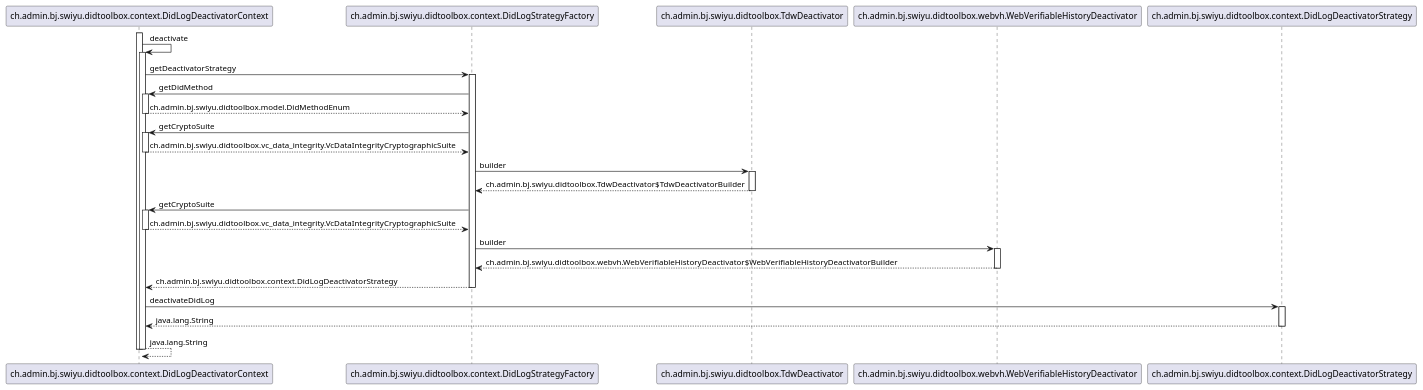
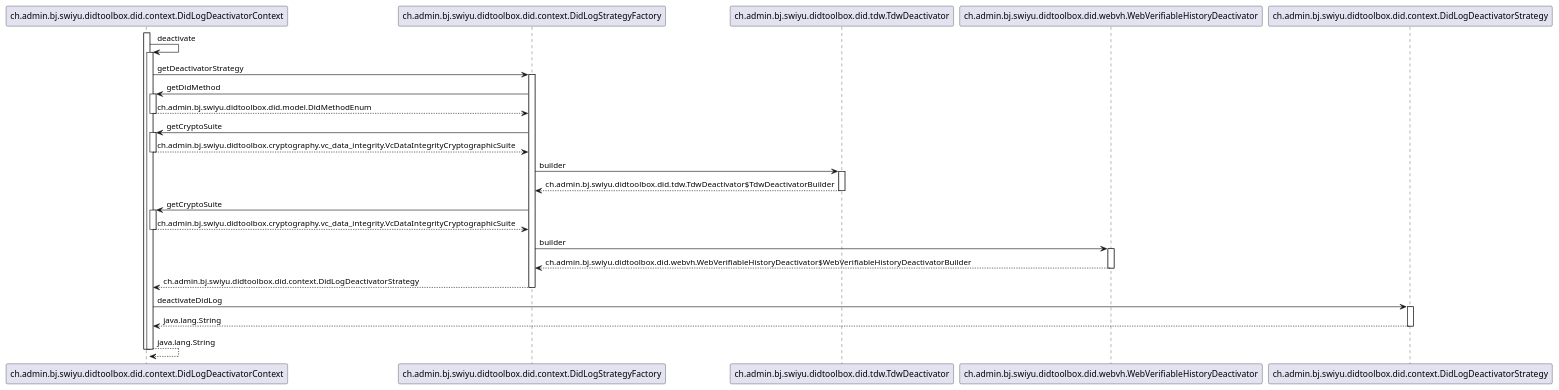
Before and after one commit to swiyu-admin-ch/didtoolbox-java: the diagram in src/main/plantuml/DidLogDeactivatorContext-deactivate.puml, drawn with PlantUML. The commit also changed 275 other files, not shown here.

```diff
--- a/src/main/plantuml/DidLogDeactivatorContext-deactivate.puml
+++ b/src/main/plantuml/DidLogDeactivatorContext-deactivate.puml
@@ -2,44 +2,44 @@
 @startuml
 
-participant ch.admin.bj.swiyu.didtoolbox.context.DidLogDeactivatorContext
-participant ch.admin.bj.swiyu.didtoolbox.context.DidLogStrategyFactory
-participant ch.admin.bj.swiyu.didtoolbox.TdwDeactivator
-participant ch.admin.bj.swiyu.didtoolbox.webvh.WebVerifiableHistoryDeactivator
-participant ch.admin.bj.swiyu.didtoolbox.context.DidLogDeactivatorStrategy
+participant ch.admin.bj.swiyu.didtoolbox.did.context.DidLogDeactivatorContext
+participant ch.admin.bj.swiyu.didtoolbox.did.context.DidLogStrategyFactory
+participant ch.admin.bj.swiyu.didtoolbox.did.tdw.TdwDeactivator
+participant ch.admin.bj.swiyu.didtoolbox.did.webvh.WebVerifiableHistoryDeactivator
+participant ch.admin.bj.swiyu.didtoolbox.did.context.DidLogDeactivatorStrategy
 
-activate ch.admin.bj.swiyu.didtoolbox.context.DidLogDeactivatorContext
-	ch.admin.bj.swiyu.didtoolbox.context.DidLogDeactivatorContext -> ch.admin.bj.swiyu.didtoolbox.context.DidLogDeactivatorContext : deactivate
-	activate ch.admin.bj.swiyu.didtoolbox.context.DidLogDeactivatorContext
-		ch.admin.bj.swiyu.didtoolbox.context.DidLogDeactivatorContext -> ch.admin.bj.swiyu.didtoolbox.context.DidLogStrategyFactory : getDeactivatorStrategy
-		activate ch.admin.bj.swiyu.didtoolbox.context.DidLogStrategyFactory
-			ch.admin.bj.swiyu.didtoolbox.context.DidLogStrategyFactory -> ch.admin.bj.swiyu.didtoolbox.context.DidLogDeactivatorContext : getDidMethod
-			activate ch.admin.bj.swiyu.didtoolbox.context.DidLogDeactivatorContext
-				ch.admin.bj.swiyu.didtoolbox.context.DidLogDeactivatorContext --> ch.admin.bj.swiyu.didtoolbox.context.DidLogStrategyFactory : ch.admin.bj.swiyu.didtoolbox.model.DidMethodEnum
-			deactivate ch.admin.bj.swiyu.didtoolbox.context.DidLogDeactivatorContext
-			ch.admin.bj.swiyu.didtoolbox.context.DidLogStrategyFactory -> ch.admin.bj.swiyu.didtoolbox.context.DidLogDeactivatorContext : getCryptoSuite
-			activate ch.admin.bj.swiyu.didtoolbox.context.DidLogDeactivatorContext
-				ch.admin.bj.swiyu.didtoolbox.context.DidLogDeactivatorContext --> ch.admin.bj.swiyu.didtoolbox.context.DidLogStrategyFactory : ch.admin.bj.swiyu.didtoolbox.vc_data_integrity.VcDataIntegrityCryptographicSuite
-			deactivate ch.admin.bj.swiyu.didtoolbox.context.DidLogDeactivatorContext
-			ch.admin.bj.swiyu.didtoolbox.context.DidLogStrategyFactory -> ch.admin.bj.swiyu.didtoolbox.TdwDeactivator : builder
-			activate ch.admin.bj.swiyu.didtoolbox.TdwDeactivator
-				ch.admin.bj.swiyu.didtoolbox.TdwDeactivator --> ch.admin.bj.swiyu.didtoolbox.context.DidLogStrategyFactory : ch.admin.bj.swiyu.didtoolbox.TdwDeactivator$TdwDeactivatorBuilder
-			deactivate ch.admin.bj.swiyu.didtoolbox.TdwDeactivator
-			ch.admin.bj.swiyu.didtoolbox.context.DidLogStrategyFactory -> ch.admin.bj.swiyu.didtoolbox.context.DidLogDeactivatorContext : getCryptoSuite
-			activate ch.admin.bj.swiyu.didtoolbox.context.DidLogDeactivatorContext
-				ch.admin.bj.swiyu.didtoolbox.context.DidLogDeactivatorContext --> ch.admin.bj.swiyu.didtoolbox.context.DidLogStrategyFactory : ch.admin.bj.swiyu.didtoolbox.vc_data_integrity.VcDataIntegrityCryptographicSuite
-			deactivate ch.admin.bj.swiyu.didtoolbox.context.DidLogDeactivatorContext
-			ch.admin.bj.swiyu.didtoolbox.context.DidLogStrategyFactory -> ch.admin.bj.swiyu.didtoolbox.webvh.WebVerifiableHistoryDeactivator : builder
-			activate ch.admin.bj.swiyu.didtoolbox.webvh.WebVerifiableHistoryDeactivator
-				ch.admin.bj.swiyu.didtoolbox.webvh.WebVerifiableHistoryDeactivator --> ch.admin.bj.swiyu.didtoolbox.context.DidLogStrategyFactory : ch.admin.bj.swiyu.didtoolbox.webvh.WebVerifiableHistoryDeactivator$WebVerifiableHistoryDeactivatorBuilder
-			deactivate ch.admin.bj.swiyu.didtoolbox.webvh.WebVerifiableHistoryDeactivator
-			ch.admin.bj.swiyu.didtoolbox.context.DidLogStrategyFactory --> ch.admin.bj.swiyu.didtoolbox.context.DidLogDeactivatorContext : ch.admin.bj.swiyu.didtoolbox.context.DidLogDeactivatorStrategy
-		deactivate ch.admin.bj.swiyu.didtoolbox.context.DidLogStrategyFactory
-		ch.admin.bj.swiyu.didtoolbox.context.DidLogDeactivatorContext -> ch.admin.bj.swiyu.didtoolbox.context.DidLogDeactivatorStrategy : deactivateDidLog
-		activate ch.admin.bj.swiyu.didtoolbox.context.DidLogDeactivatorStrategy
-			ch.admin.bj.swiyu.didtoolbox.context.DidLogDeactivatorStrategy --> ch.admin.bj.swiyu.didtoolbox.context.DidLogDeactivatorContext : java.lang.String
-		deactivate ch.admin.bj.swiyu.didtoolbox.context.DidLogDeactivatorStrategy
-		ch.admin.bj.swiyu.didtoolbox.context.DidLogDeactivatorContext --> ch.admin.bj.swiyu.didtoolbox.context.DidLogDeactivatorContext : java.lang.String
-	deactivate ch.admin.bj.swiyu.didtoolbox.context.DidLogDeactivatorContext
-deactivate ch.admin.bj.swiyu.didtoolbox.context.DidLogDeactivatorContext
+activate ch.admin.bj.swiyu.didtoolbox.did.context.DidLogDeactivatorContext
+	ch.admin.bj.swiyu.didtoolbox.did.context.DidLogDeactivatorContext -> ch.admin.bj.swiyu.didtoolbox.did.context.DidLogDeactivatorContext : deactivate
+	activate ch.admin.bj.swiyu.didtoolbox.did.context.DidLogDeactivatorContext
+		ch.admin.bj.swiyu.didtoolbox.did.context.DidLogDeactivatorContext -> ch.admin.bj.swiyu.didtoolbox.did.context.DidLogStrategyFactory : getDeactivatorStrategy
+		activate ch.admin.bj.swiyu.didtoolbox.did.context.DidLogStrategyFactory
+			ch.admin.bj.swiyu.didtoolbox.did.context.DidLogStrategyFactory -> ch.admin.bj.swiyu.didtoolbox.did.context.DidLogDeactivatorContext : getDidMethod
+			activate ch.admin.bj.swiyu.didtoolbox.did.context.DidLogDeactivatorContext
+				ch.admin.bj.swiyu.didtoolbox.did.context.DidLogDeactivatorContext --> ch.admin.bj.swiyu.didtoolbox.did.context.DidLogStrategyFactory : ch.admin.bj.swiyu.didtoolbox.did.model.DidMethodEnum
+			deactivate ch.admin.bj.swiyu.didtoolbox.did.context.DidLogDeactivatorContext
+			ch.admin.bj.swiyu.didtoolbox.did.context.DidLogStrategyFactory -> ch.admin.bj.swiyu.didtoolbox.did.context.DidLogDeactivatorContext : getCryptoSuite
+			activate ch.admin.bj.swiyu.didtoolbox.did.context.DidLogDeactivatorContext
+				ch.admin.bj.swiyu.didtoolbox.did.context.DidLogDeactivatorContext --> ch.admin.bj.swiyu.didtoolbox.did.context.DidLogStrategyFactory : ch.admin.bj.swiyu.didtoolbox.cryptography.vc_data_integrity.VcDataIntegrityCryptographicSuite
+			deactivate ch.admin.bj.swiyu.didtoolbox.did.context.DidLogDeactivatorContext
+			ch.admin.bj.swiyu.didtoolbox.did.context.DidLogStrategyFactory -> ch.admin.bj.swiyu.didtoolbox.did.tdw.TdwDeactivator : builder
+			activate ch.admin.bj.swiyu.didtoolbox.did.tdw.TdwDeactivator
+				ch.admin.bj.swiyu.didtoolbox.did.tdw.TdwDeactivator --> ch.admin.bj.swiyu.didtoolbox.did.context.DidLogStrategyFactory : ch.admin.bj.swiyu.didtoolbox.did.tdw.TdwDeactivator$TdwDeactivatorBuilder
+			deactivate ch.admin.bj.swiyu.didtoolbox.did.tdw.TdwDeactivator
+			ch.admin.bj.swiyu.didtoolbox.did.context.DidLogStrategyFactory -> ch.admin.bj.swiyu.didtoolbox.did.context.DidLogDeactivatorContext : getCryptoSuite
+			activate ch.admin.bj.swiyu.didtoolbox.did.context.DidLogDeactivatorContext
+				ch.admin.bj.swiyu.didtoolbox.did.context.DidLogDeactivatorContext --> ch.admin.bj.swiyu.didtoolbox.did.context.DidLogStrategyFactory : ch.admin.bj.swiyu.didtoolbox.cryptography.vc_data_integrity.VcDataIntegrityCryptographicSuite
+			deactivate ch.admin.bj.swiyu.didtoolbox.did.context.DidLogDeactivatorContext
+			ch.admin.bj.swiyu.didtoolbox.did.context.DidLogStrategyFactory -> ch.admin.bj.swiyu.didtoolbox.did.webvh.WebVerifiableHistoryDeactivator : builder
+			activate ch.admin.bj.swiyu.didtoolbox.did.webvh.WebVerifiableHistoryDeactivator
+				ch.admin.bj.swiyu.didtoolbox.did.webvh.WebVerifiableHistoryDeactivator --> ch.admin.bj.swiyu.didtoolbox.did.context.DidLogStrategyFactory : ch.admin.bj.swiyu.didtoolbox.did.webvh.WebVerifiableHistoryDeactivator$WebVerifiableHistoryDeactivatorBuilder
+			deactivate ch.admin.bj.swiyu.didtoolbox.did.webvh.WebVerifiableHistoryDeactivator
+			ch.admin.bj.swiyu.didtoolbox.did.context.DidLogStrategyFactory --> ch.admin.bj.swiyu.didtoolbox.did.context.DidLogDeactivatorContext : ch.admin.bj.swiyu.didtoolbox.did.context.DidLogDeactivatorStrategy
+		deactivate ch.admin.bj.swiyu.didtoolbox.did.context.DidLogStrategyFactory
+		ch.admin.bj.swiyu.didtoolbox.did.context.DidLogDeactivatorContext -> ch.admin.bj.swiyu.didtoolbox.did.context.DidLogDeactivatorStrategy : deactivateDidLog
+		activate ch.admin.bj.swiyu.didtoolbox.did.context.DidLogDeactivatorStrategy
+			ch.admin.bj.swiyu.didtoolbox.did.context.DidLogDeactivatorStrategy --> ch.admin.bj.swiyu.didtoolbox.did.context.DidLogDeactivatorContext : java.lang.String
+		deactivate ch.admin.bj.swiyu.didtoolbox.did.context.DidLogDeactivatorStrategy
+		ch.admin.bj.swiyu.didtoolbox.did.context.DidLogDeactivatorContext --> ch.admin.bj.swiyu.didtoolbox.did.context.DidLogDeactivatorContext : java.lang.String
+	deactivate ch.admin.bj.swiyu.didtoolbox.did.context.DidLogDeactivatorContext
+deactivate ch.admin.bj.swiyu.didtoolbox.did.context.DidLogDeactivatorContext
 
 @enduml
```
